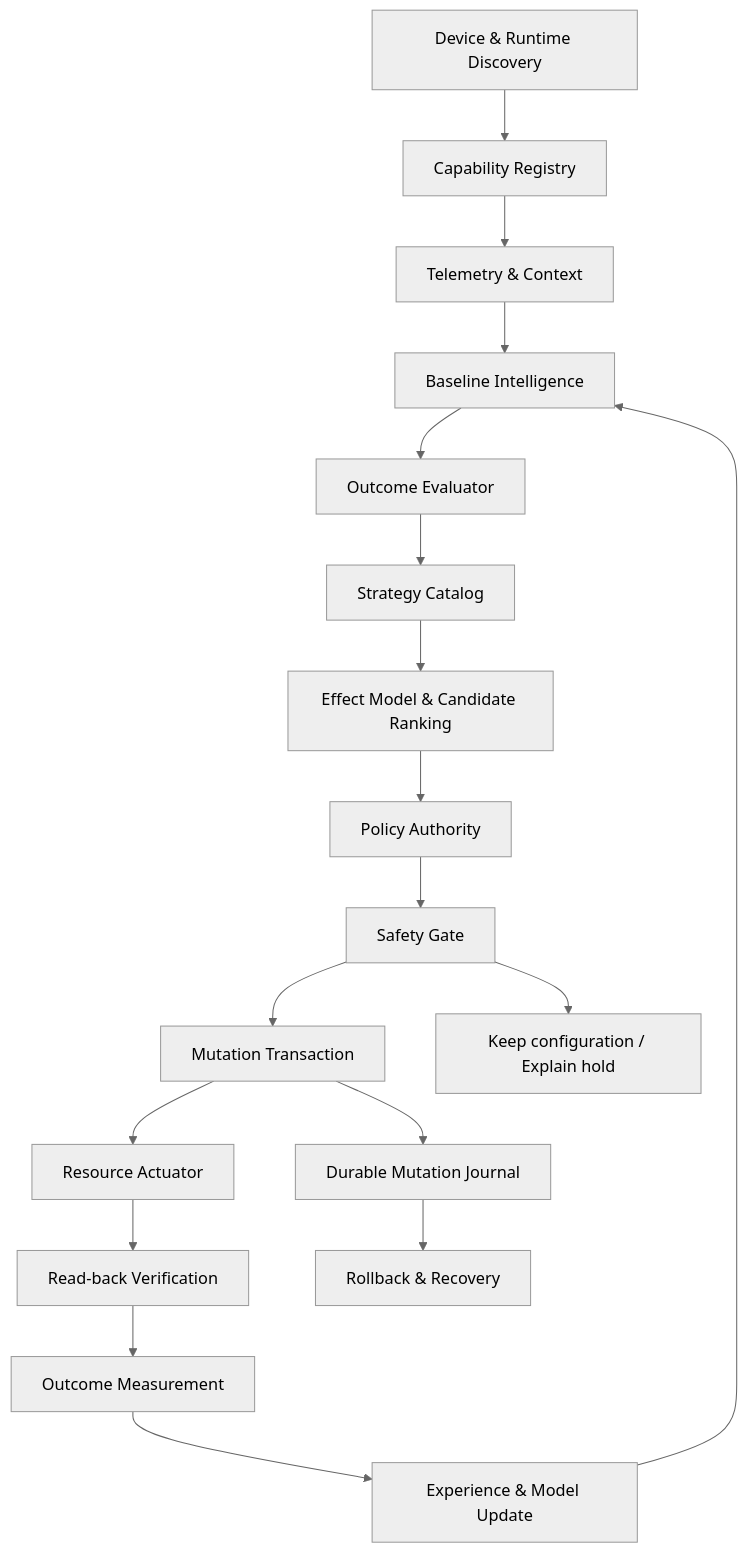
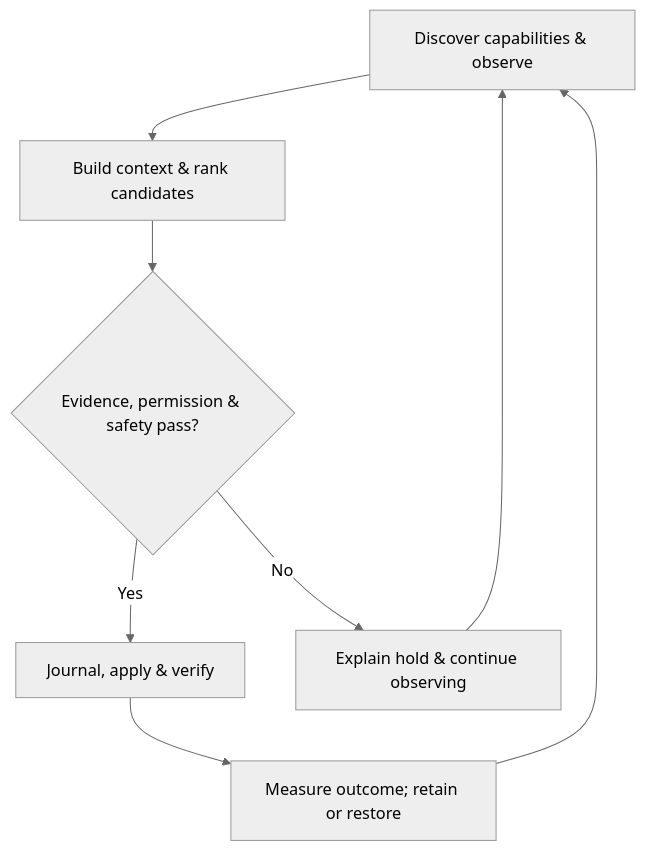
Before and after one commit to mystivara-creator/CoreFlow-Engine: the diagram in README.md, drawn with Mermaid (neutral theme). The commit also changed other lines of this file and 28 other files, not shown here.

````diff
--- a/README.md
+++ b/README.md
@@ -23,20 +77,10 @@
 ```mermaid
 flowchart TD
-    A["Device & Runtime Discovery"] --> B["Capability Registry"]
-    B --> C["Telemetry & Context"]
-    C --> D["Baseline Intelligence"]
-    D --> E["Outcome Evaluator"]
-    E --> F["Strategy Catalog"]
-    F --> G["Effect Model & Candidate Ranking"]
-    G --> H["Policy Authority"]
-    H --> I["Safety Gate"]
-    I --> J["Mutation Transaction"]
-    J --> K["Resource Actuator"]
-    K --> L["Read-back Verification"]
-    L --> M["Outcome Measurement"]
-    M --> N["Experience & Model Update"]
-    N --> D
-    J --> O["Durable Mutation Journal"]
-    O --> P["Rollback & Recovery"]
-    I --> Q["Keep configuration / Explain hold"]
+    A["Discover capabilities & observe"] --> B["Build context & rank candidates"]
+    B --> C{"Evidence, permission & safety pass?"}
+    C -->|Yes| D["Journal, apply & verify"]
+    C -->|No| E["Explain hold & continue observing"]
+    D --> F["Measure outcome; retain or restore"]
+    F --> A
+    E --> A
 ```
````
